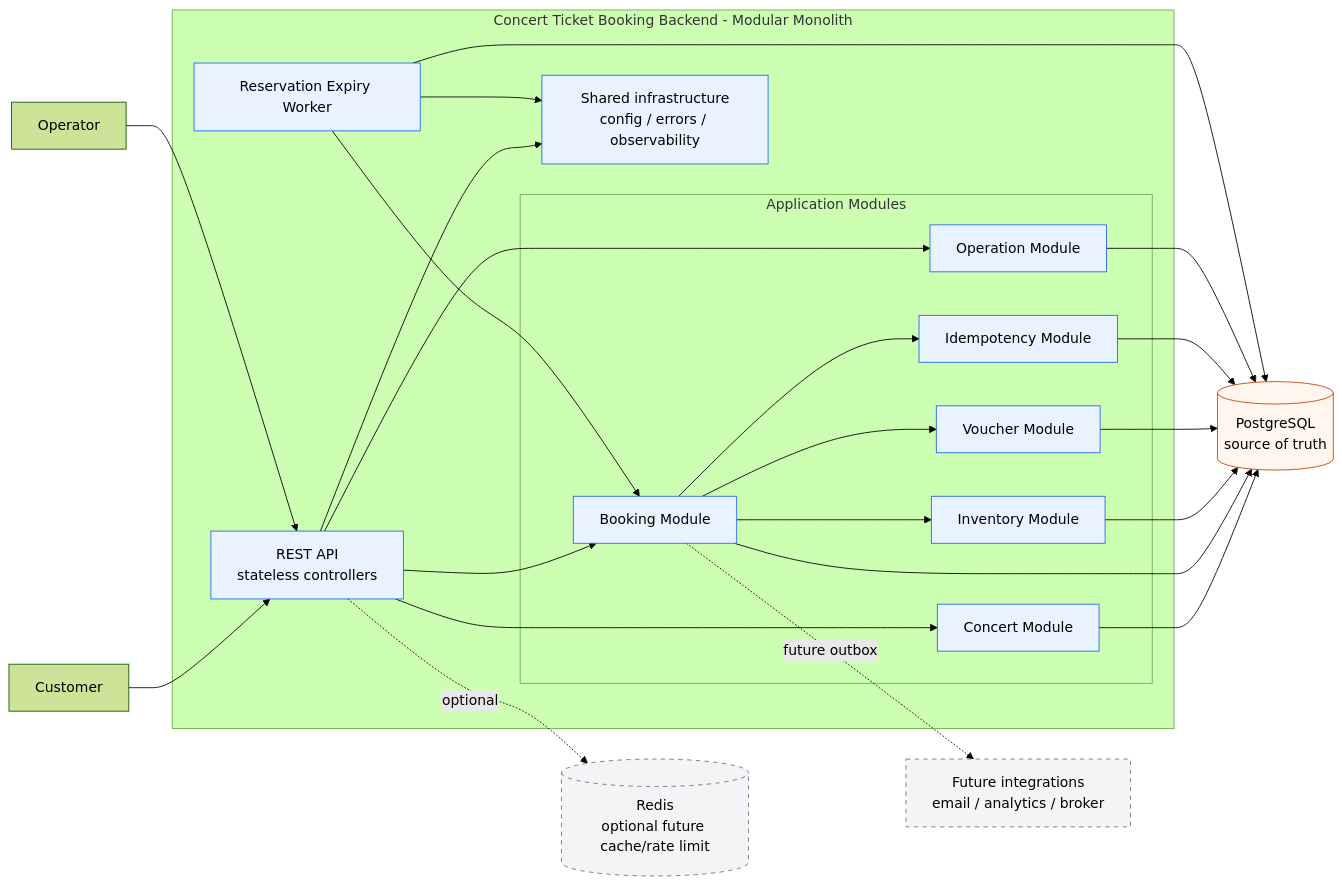
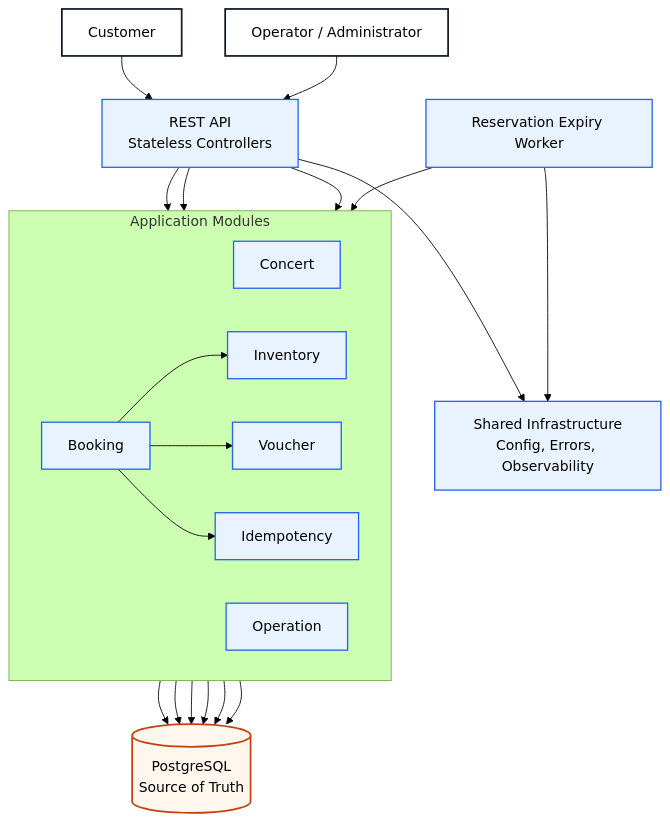
One commit to Quang-Luu-2005/Geek_Interview changed the diagram in docs/diagrams/architecture.mmd. Above: the diagram before and after it, drawn with Mermaid (forest theme). The commit also changed 26 other files, not shown here.

```diff
--- a/docs/diagrams/architecture.mmd
+++ b/docs/diagrams/architecture.mmd
@@ -1,51 +1,43 @@
-flowchart LR
+flowchart TB
     customer[Customer]
-    operator[Operator]
+    operator[Operator / Administrator]
+    api[REST API<br/>Stateless Controllers]
+    worker[Reservation Expiry Worker]
 
-    subgraph app[Concert Ticket Booking Backend - Modular Monolith]
-        api[REST API\nstateless controllers]
-        worker[Reservation Expiry Worker]
-
-        subgraph modules[Application Modules]
-            concert[Concert Module]
-            booking[Booking Module]
-            inventory[Inventory Module]
-            voucher[Voucher Module]
-            idem[Idempotency Module]
-            operation[Operation Module]
-        end
-
-        shared[Shared infrastructure\nconfig / errors / observability]
+    subgraph modules[Application Modules]
+        direction LR
+        concert[Concert]
+        booking[Booking]
+        inventory[Inventory]
+        voucher[Voucher]
+        idem[Idempotency]
+        operation[Operation]
     end
 
-    db[(PostgreSQL\nsource of truth)]
-    redis[(Redis\noptional future cache/rate limit)]
-    future[Future integrations\nemail / analytics / broker]
+    shared[Shared Infrastructure<br/>Config, Errors, Observability]
+    db[(PostgreSQL<br/>Source of Truth)]
 
     customer --> api
     operator --> api
     api --> concert
     api --> booking
     api --> operation
     booking --> inventory
     booking --> voucher
     booking --> idem
+    worker --> booking
+    api --> shared
+    worker --> shared
     concert --> db
     booking --> db
     inventory --> db
     voucher --> db
     idem --> db
     operation --> db
-    worker --> booking
-    worker --> db
-    api --> shared
-    worker --> shared
-    api -. optional .-> redis
-    booking -. future outbox .-> future
 
-    classDef current fill:#e8f3ff,stroke:#2563eb,stroke-width:1px;
-    classDef data fill:#fff7ed,stroke:#c2410c,stroke-width:1px;
-    classDef future fill:#f3f4f6,stroke:#6b7280,stroke-dasharray:5 5;
+    classDef actor fill:#ffffff,stroke:#111827,stroke-width:2px;
+    classDef current fill:#e8f3ff,stroke:#2563eb,stroke-width:1.5px;
+    classDef data fill:#fff7ed,stroke:#c2410c,stroke-width:2px;
+    class customer,operator actor;
     class api,worker,concert,booking,inventory,voucher,idem,operation,shared current;
     class db data;
-    class redis,future future;
```
